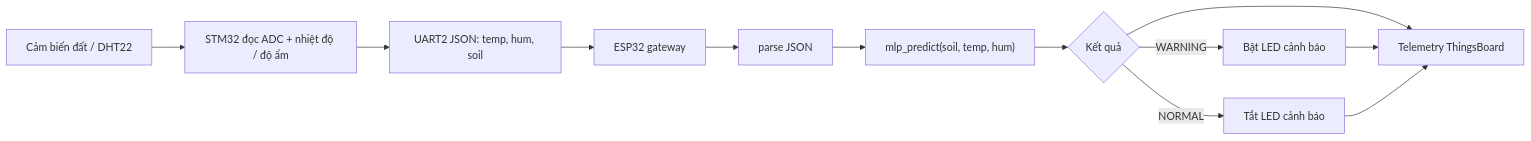
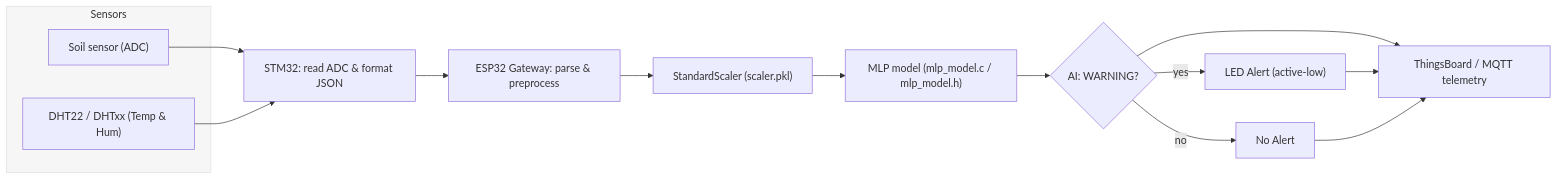
Before and after one commit to NguyenQuyenproIT/sensor_nw_final: the first of 2 diagrams in README.md, drawn with Mermaid. The commit also changed other lines of this file, not shown here.

````diff
--- a/README.md
+++ b/README.md
@@ -7,14 +7,25 @@
 ```mermaid
 flowchart LR
-    A["Cảm biến đất / DHT22"] --> B["STM32 đọc ADC + nhiệt độ / độ ẩm"]
-    B --> C["UART2 JSON: temp, hum, soil"]
-    C --> D["ESP32 gateway"]
-    D --> E["parse JSON"]
-    E --> F["mlp_predict(soil, temp, hum)"]
-    F --> G{"Kết quả"}
-    G -->|WARNING| H["Bật LED cảnh báo"]
-    G -->|NORMAL| I["Tắt LED cảnh báo"]
-    G --> J["Telemetry ThingsBoard"]
-    H --> J
-    I --> J
+    subgraph Sensors
+        S1["Soil sensor (ADC)"]
+        S2["DHT22 / DHTxx (Temp & Hum)"]
+    end
+
+    S1 --> STM["STM32: read ADC & format JSON"]
+    S2 --> STM
+    STM --> ESP["ESP32 Gateway: parse & preprocess"]
+
+    ESP --> Scale["StandardScaler (scaler.pkl)"]
+    Scale --> MLP["MLP model (mlp_model.c / mlp_model.h)"]
+
+    MLP --> AI_DECIDE{"AI: WARNING?"}
+    AI_DECIDE -->|yes| LED["LED Alert (active-low)"]
+    AI_DECIDE -->|no| OK["No Alert"]
+
+    AI_DECIDE --> TB["ThingsBoard / MQTT telemetry"]
+    LED --> TB
+    OK --> TB
+
+    classDef gray fill:#f6f6f6,stroke:#ddd;
+    class Sensors gray;
 ```
````
